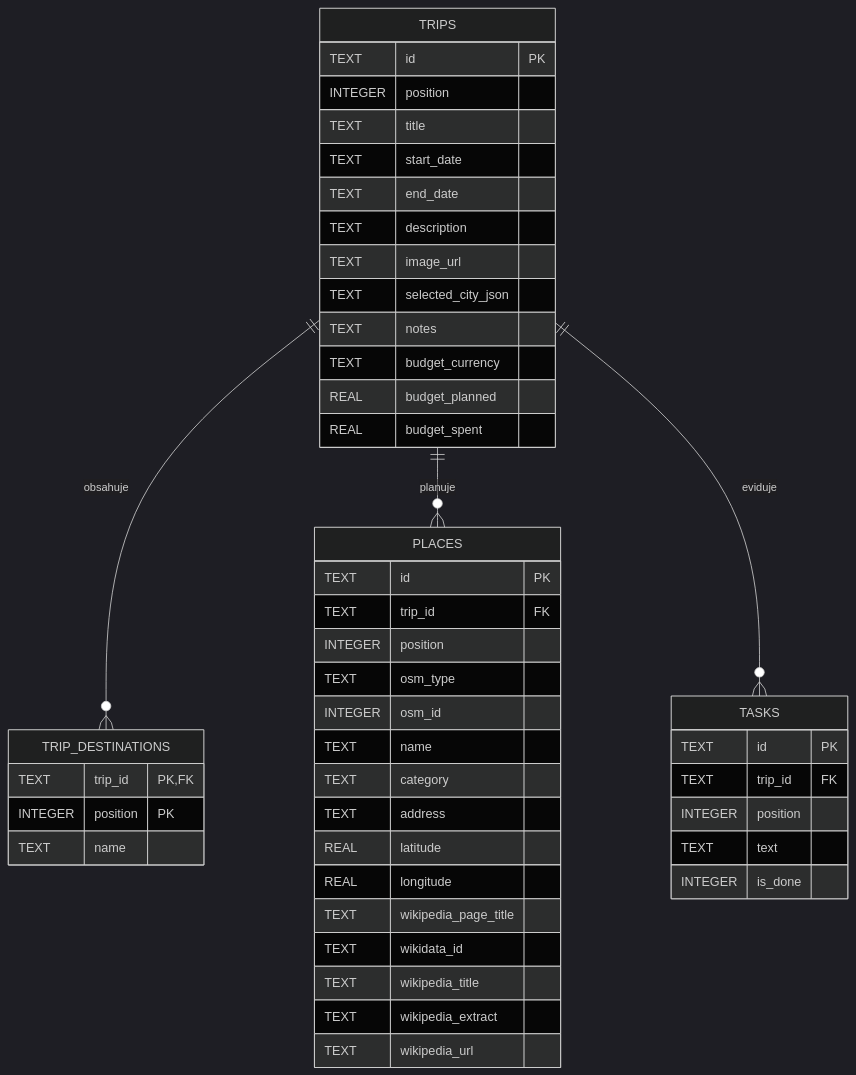
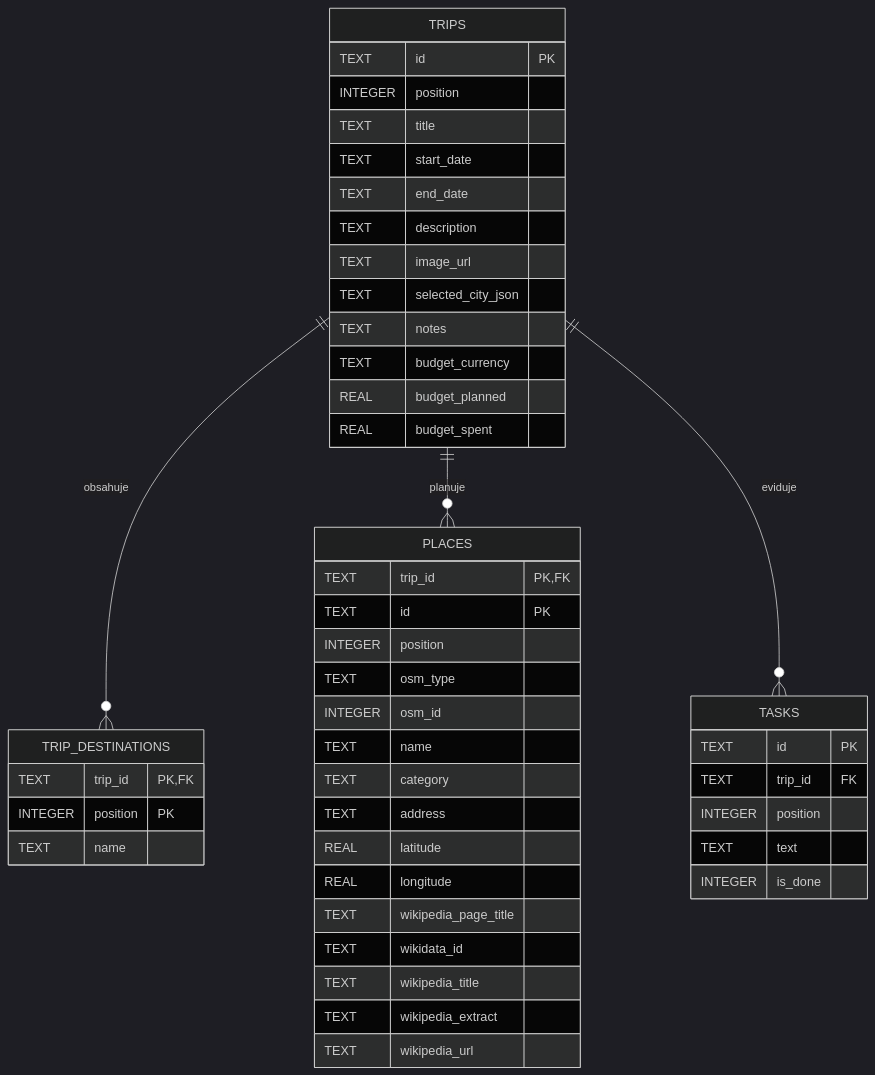
Before and after one commit to MadiGafu/MauiAngularApp: the diagram in docs/database-er.md, drawn with Mermaid (dark theme). The commit also changed other lines of this file and 21 other files, not shown here.

````diff
--- a/docs/database-er.md
+++ b/docs/database-er.md
@@ -16,53 +16,53 @@
 ```mermaid
 erDiagram
     TRIPS ||--o{ TRIP_DESTINATIONS : obsahuje
     TRIPS ||--o{ PLACES : planuje
     TRIPS ||--o{ TASKS : eviduje
 
     TRIPS {
         TEXT id PK
         INTEGER position
         TEXT title
         TEXT start_date
         TEXT end_date
         TEXT description
         TEXT image_url
         TEXT selected_city_json
         TEXT notes
         TEXT budget_currency
         REAL budget_planned
         REAL budget_spent
     }
 
     TRIP_DESTINATIONS {
         TEXT trip_id PK, FK
         INTEGER position PK
         TEXT name
     }
 
     PLACES {
+        TEXT trip_id PK, FK
         TEXT id PK
-        TEXT trip_id FK
         INTEGER position
         TEXT osm_type
         INTEGER osm_id
         TEXT name
         TEXT category
         TEXT address
         REAL latitude
         REAL longitude
         TEXT wikipedia_page_title
         TEXT wikidata_id
         TEXT wikipedia_title
         TEXT wikipedia_extract
         TEXT wikipedia_url
     }
 
     TASKS {
         TEXT id PK
         TEXT trip_id FK
         INTEGER position
         TEXT text
         INTEGER is_done
     }
 ```
````
